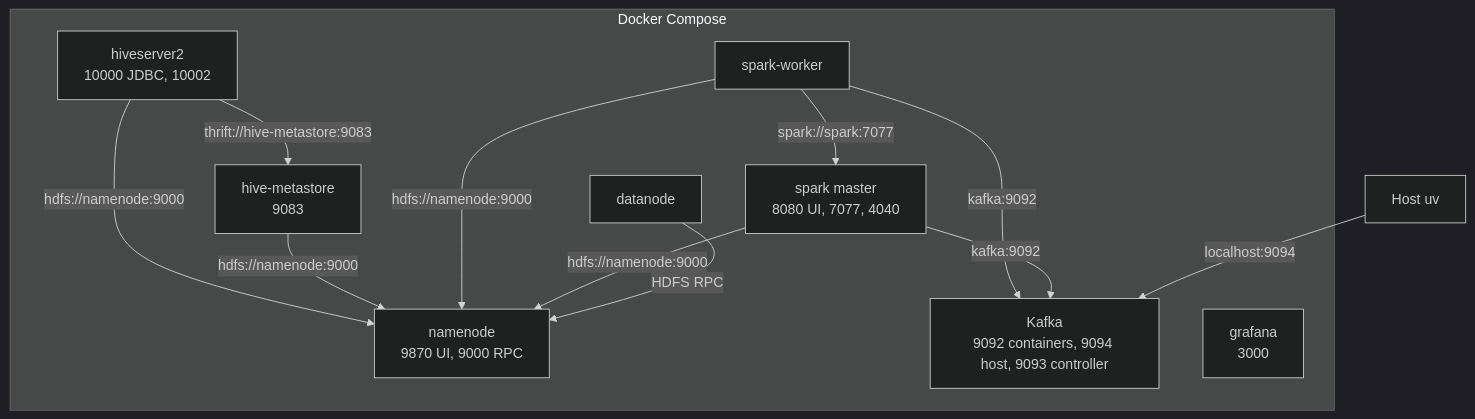
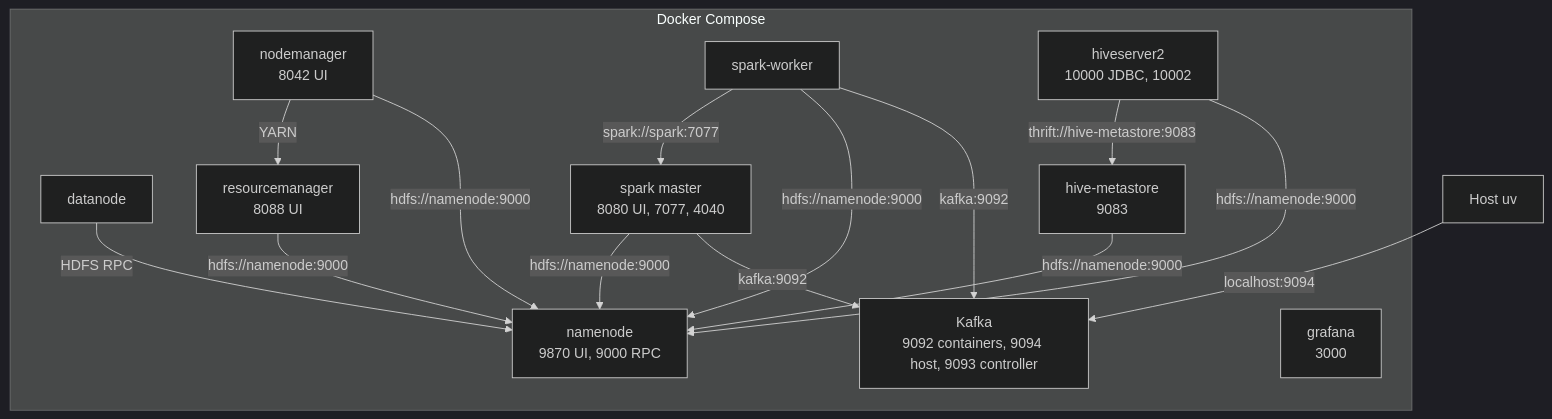
One commit to DarkPhoenix645/flowstate changed the diagram in docs/dev-modes.md. Above: the diagram before and after it, drawn with Mermaid (dark theme). The commit also changed other lines of this file and 14 other files, not shown here.

````diff
--- a/docs/dev-modes.md
+++ b/docs/dev-modes.md
@@ -29,26 +29,31 @@
 ```mermaid
 flowchart TB
   host["Host uv"]
 
   subgraph compose [Docker Compose]
     nn["namenode\n9870 UI, 9000 RPC"]
     dn["datanode"]
+    rm["resourcemanager\n8088 UI"]
+    nm["nodemanager\n8042 UI"]
     kafka["Kafka\n9092 containers, 9094 host, 9093 controller"]
     sm["spark master\n8080 UI, 7077, 4040"]
     sw["spark-worker"]
     hm["hive-metastore\n9083"]
     hs["hiveserver2\n10000 JDBC, 10002"]
     gf["grafana\n3000"]
   end
 
   host -->|"localhost:9094"| kafka
   dn -->|"HDFS RPC"| nn
+  nm -->|"YARN"| rm
+  rm -->|"hdfs://namenode:9000"| nn
+  nm -->|"hdfs://namenode:9000"| nn
   sw -->|"spark://spark:7077"| sm
   sm -->|"hdfs://namenode:9000"| nn
   sw -->|"hdfs://namenode:9000"| nn
   sm -->|"kafka:9092"| kafka
   sw -->|"kafka:9092"| kafka
   hs -->|"thrift://hive-metastore:9083"| hm
   hm -->|"hdfs://namenode:9000"| nn
   hs -->|"hdfs://namenode:9000"| nn
 ```
````
